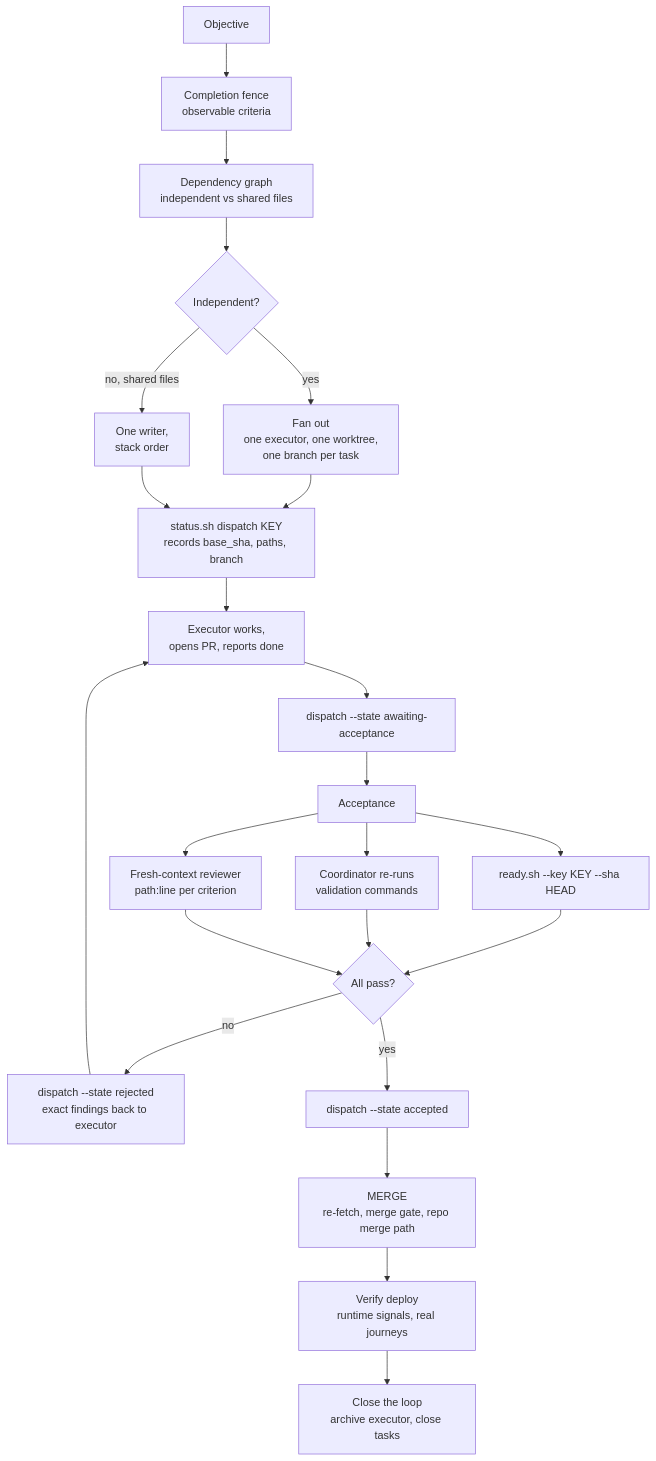
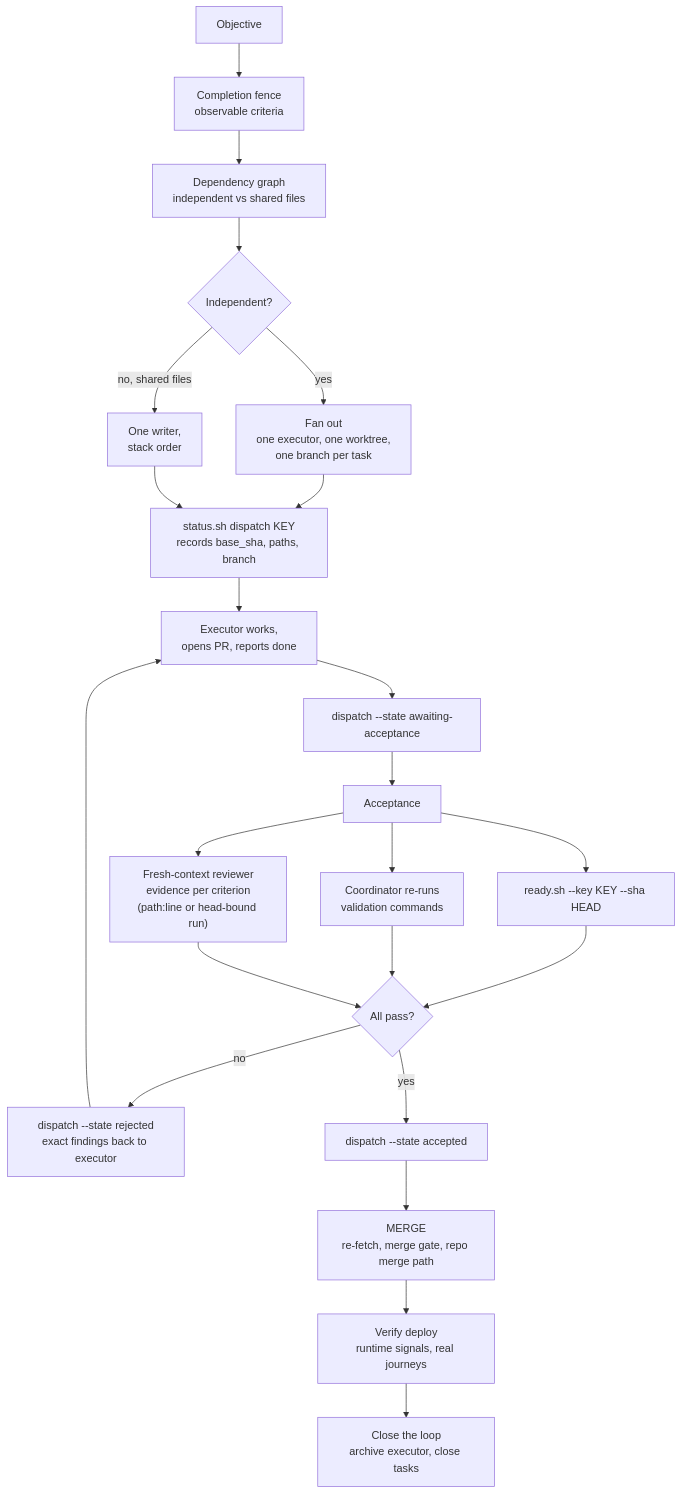
Before and after one commit to mejasonmejason/execution-coordinator: the third of 12 diagrams in docs/OVERVIEW.md, drawn with Mermaid. The commit also changed 4 other files, not shown here.

````diff
--- a/docs/OVERVIEW.md
+++ b/docs/OVERVIEW.md
@@ -77,23 +77,23 @@
 ```mermaid
 flowchart TD
   A["Objective"] --> B["Completion fence<br/>observable criteria"]
   B --> C["Dependency graph<br/>independent vs shared files"]
   C --> D{"Independent?"}
   D -- "yes" --> E["Fan out<br/>one executor, one worktree,<br/>one branch per task"]
   D -- "no, shared files" --> F["One writer,<br/>stack order"]
   E --> G["status.sh dispatch KEY<br/>records base_sha, paths, branch"]
   F --> G
   G --> H["Executor works,<br/>opens PR, reports done"]
   H --> I["dispatch --state awaiting-acceptance"]
   I --> J["Acceptance"]
   J --> J1["ready.sh --key KEY --sha HEAD"]
   J --> J2["Coordinator re-runs<br/>validation commands"]
-  J --> J3["Fresh-context reviewer<br/>path:line per criterion"]
+  J --> J3["Fresh-context reviewer<br/>evidence per criterion<br/>(path:line or head-bound run)"]
   J1 & J2 & J3 --> K{"All pass?"}
   K -- "no" --> L["dispatch --state rejected<br/>exact findings back to executor"]
   L --> H
   K -- "yes" --> M["dispatch --state accepted"]
   M --> N["MERGE<br/>re-fetch, merge gate, repo merge path"]
   N --> O["Verify deploy<br/>runtime signals, real journeys"]
   O --> P["Close the loop<br/>archive executor, close tasks"]
 ```
````
